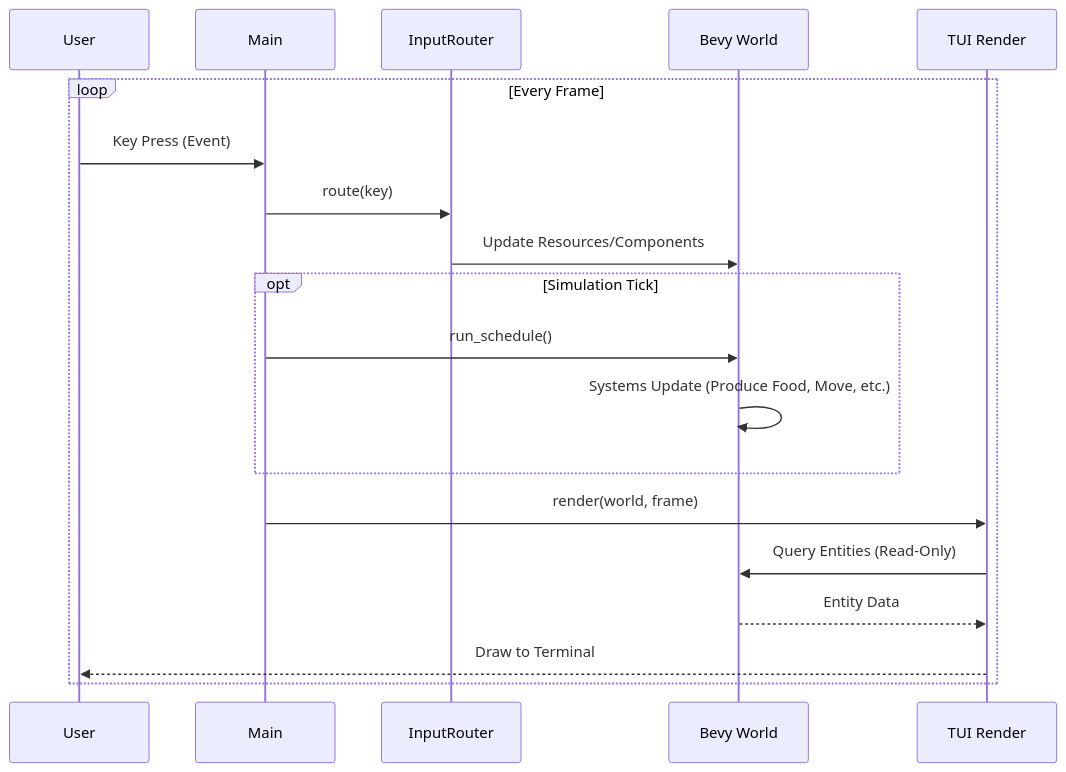
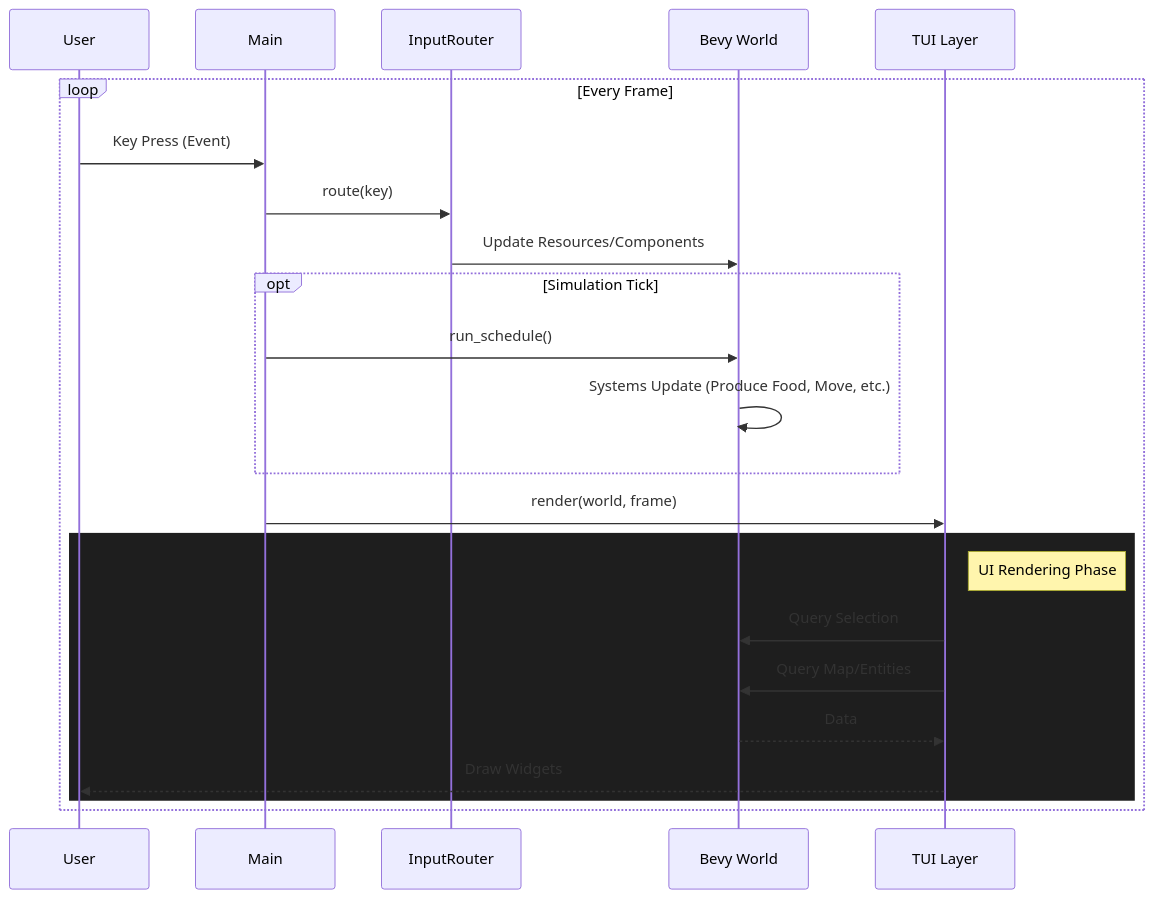
Before and after one commit to madmax983/project-zero: the second of 3 diagrams in docs/architecture.md, drawn with Mermaid. The commit also changed other lines of this file and 1 other file, not shown here.

First line of the commit message:
docs: Add ADR 004 and update architecture diagrams

````diff
--- a/docs/architecture.md
+++ b/docs/architecture.md
@@ -35,24 +43,29 @@
 ```mermaid
 sequenceDiagram
     participant User
     participant Main
     participant Input as InputRouter
     participant ECS as Bevy World
-    participant Render as TUI Render
+    participant UI as TUI Layer
 
     loop Every Frame
         User->>Main: Key Press (Event)
         Main->>Input: route(key)
         Input->>ECS: Update Resources/Components
 
         opt Simulation Tick
             Main->>ECS: run_schedule()
             ECS->>ECS: Systems Update (Produce Food, Move, etc.)
         end
 
-        Main->>Render: render(world, frame)
-        Render->>ECS: Query Entities (Read-Only)
-        ECS-->>Render: Entity Data
-        Render-->>User: Draw to Terminal
+        Main->>UI: render(world, frame)
+
+        rect rgb(30, 30, 30)
+            note right of UI: UI Rendering Phase
+            UI->>ECS: Query Selection
+            UI->>ECS: Query Map/Entities
+            ECS-->>UI: Data
+            UI-->>User: Draw Widgets
+        end
     end
 ```
````
